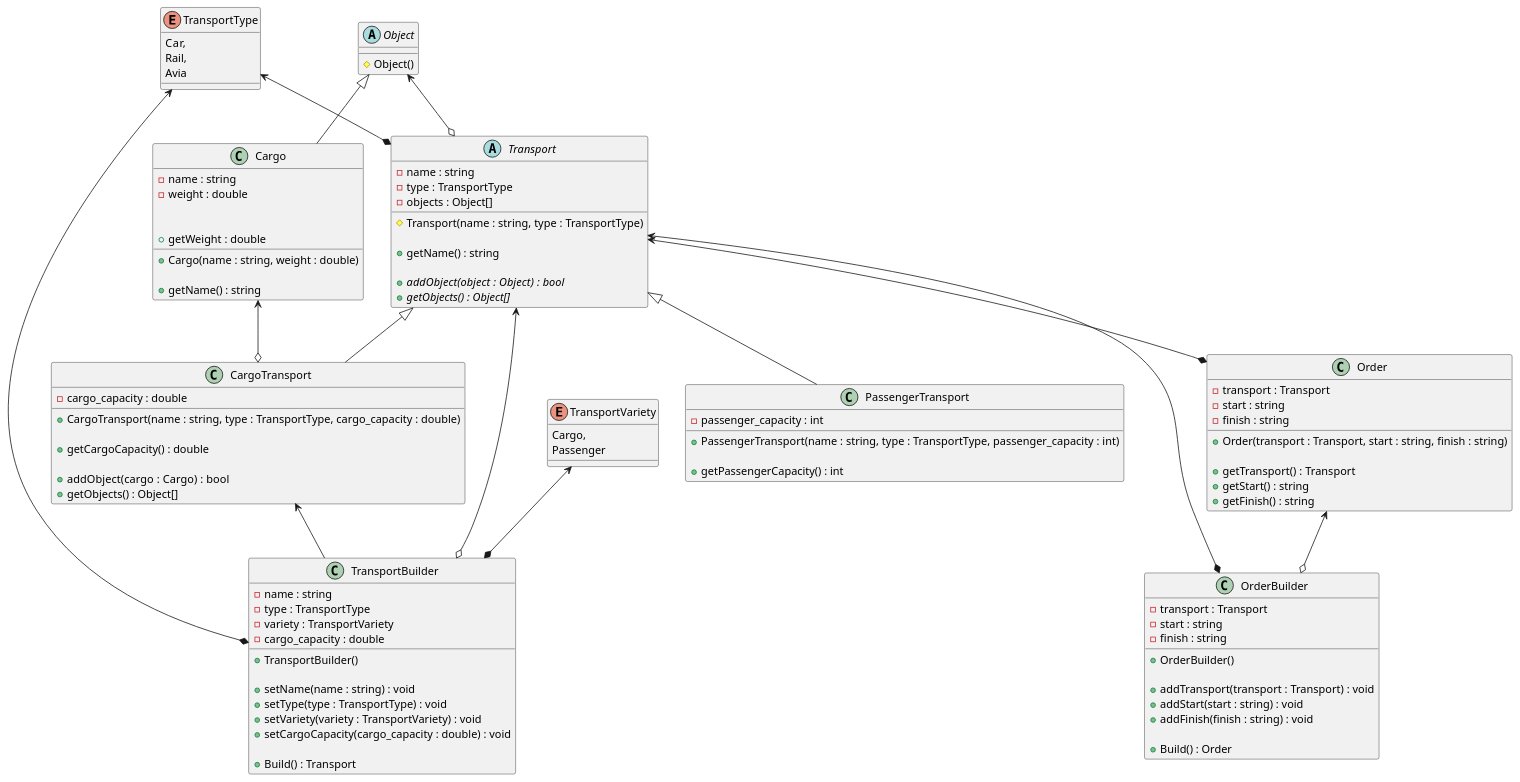
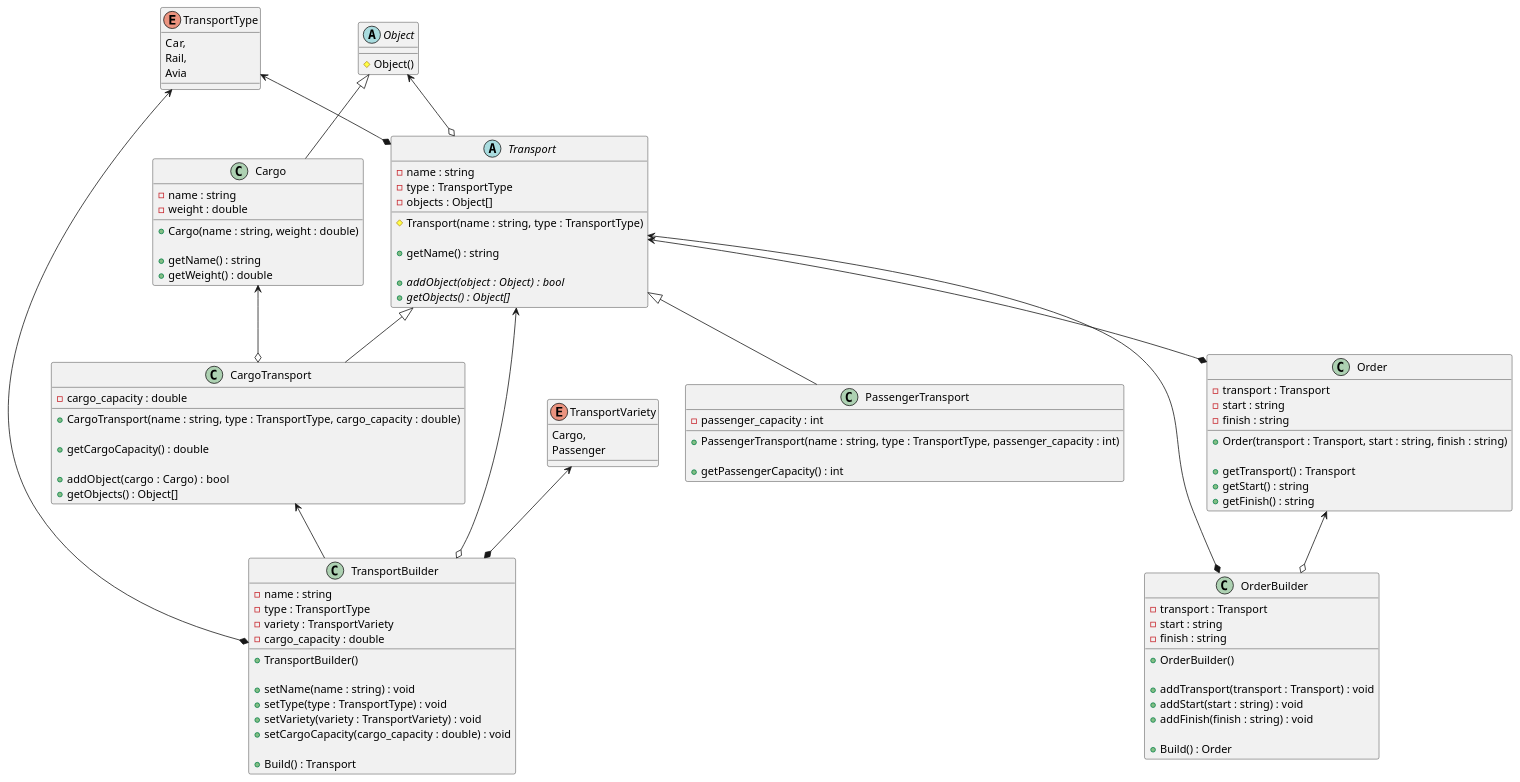
One commit to it-top-shambala/TransportCompany_ changed the diagram in class_diagram.puml. Above: the diagram before and after it, drawn with PlantUML. The commit also changed 2 other files, not shown here.

Commit message:
Update class diagram

```diff
--- a/class_diagram.puml
+++ b/class_diagram.puml
@@ -1,118 +1,118 @@
 @startuml
 'https://plantuml.com/class-diagram
 
 enum TransportType {
 Car,
 Rail,
 Avia
 }
 
 abstract class Object {
 # Object()
 }
 
 Object <|-- Cargo
 class Cargo {
 - name : string
 - weight : double
 
 + Cargo(name : string, weight : double)
 
 + getName() : string
-+ getWeight : double
++ getWeight() : double
 }
 
 
 TransportType <--* Transport
 Object <--o Transport
 abstract class Transport {
 - name : string
 - type : TransportType
 - objects : Object[]
 
 # Transport(name : string, type : TransportType)
 
 + getName() : string
 
 + {abstract} addObject(object : Object) :  bool
 + {abstract} getObjects() : Object[]
 }
 
 Transport <|-- CargoTransport
 Cargo <--o CargoTransport
 class CargoTransport {
 - cargo_capacity : double
 
 + CargoTransport(name : string, type : TransportType, cargo_capacity : double)
 
 + getCargoCapacity() : double
 
 + addObject(cargo : Cargo) :  bool
 + getObjects() : Object[]
 }
 
 Transport <|-- PassengerTransport
 class PassengerTransport {
 - passenger_capacity : int
 
 + PassengerTransport(name : string, type : TransportType, passenger_capacity : int)
 
 + getPassengerCapacity() : int
 }
 
 Transport <--* Order
 class Order {
 - transport : Transport
 - start : string
 - finish : string
 
 + Order(transport : Transport, start : string, finish : string)
 
 + getTransport() : Transport
 + getStart() : string
 + getFinish() : string
 }
 
 Transport <--* OrderBuilder
 Order <--o OrderBuilder
 class OrderBuilder{
 - transport : Transport
 - start : string
 - finish : string
 
 + OrderBuilder()
 
 + addTransport(transport : Transport) : void
 + addStart(start : string) : void
 + addFinish(finish : string) : void
 
 + Build() : Order
 }
 
 enum TransportVariety {
 Cargo,
 Passenger
 }
 
 
 Transport <--o TransportBuilder
 TransportType <--* TransportBuilder
 TransportVariety <--* TransportBuilder
 CargoTransport <-- TransportBuilder
 class TransportBuilder {
 - name : string
 - type : TransportType
 - variety : TransportVariety
 - cargo_capacity : double
 
 + TransportBuilder()
 
 + setName(name : string) : void
 + setType(type : TransportType) : void
 + setVariety(variety : TransportVariety) : void
 + setCargoCapacity(cargo_capacity : double) : void
 
 + Build() : Transport
 }
 
 @enduml
```
